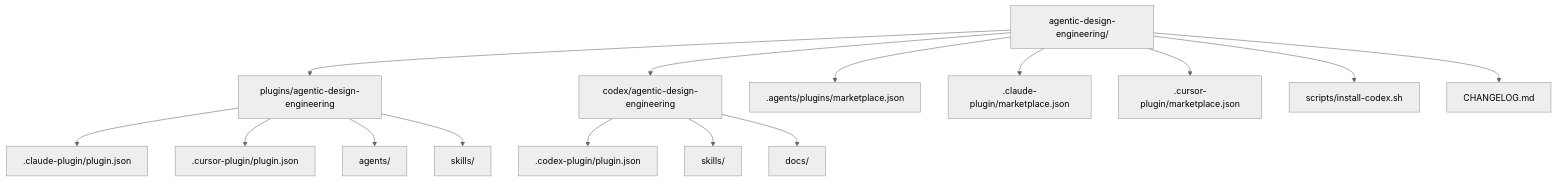
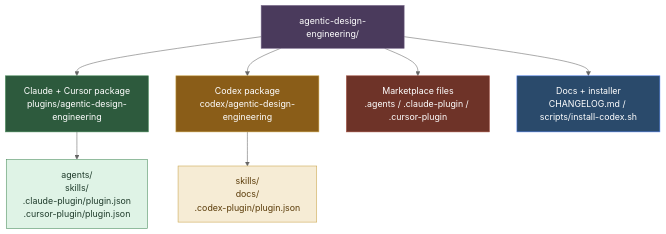
One commit to akshansh/agentic-design-engineering changed the fourth of 4 diagrams in README.md. Above: the diagram before and after it, drawn with Mermaid (neutral theme). The commit also changed other lines of this file, not shown here.

Commit message:
Polish Mermaid chart styling in README

````diff
--- a/README.md
+++ b/README.md
@@ -206,19 +218,18 @@
 ```mermaid
 flowchart TD
-    Root["agentic-design-engineering/"] --> ClaudeCursor["plugins/agentic-design-engineering"]
-    Root --> Codex["codex/agentic-design-engineering"]
-    Root --> RepoMarketplace[".agents/plugins/marketplace.json"]
-    Root --> ClaudeMarketplace[".claude-plugin/marketplace.json"]
-    Root --> CursorMarketplace[".cursor-plugin/marketplace.json"]
-    Root --> Installer["scripts/install-codex.sh"]
-    Root --> Changelog["CHANGELOG.md"]
+    Root["agentic-design-engineering/"] --> ClaudeCursor["Claude + Cursor package<br/>plugins/agentic-design-engineering"]
+    Root --> Codex["Codex package<br/>codex/agentic-design-engineering"]
+    Root --> Marketplace["Marketplace files<br/>.agents / .claude-plugin / .cursor-plugin"]
+    Root --> Support["Docs + installer<br/>CHANGELOG.md / scripts/install-codex.sh"]
 
-    ClaudeCursor --> ClaudeManifest[".claude-plugin/plugin.json"]
-    ClaudeCursor --> CursorManifest[".cursor-plugin/plugin.json"]
-    ClaudeCursor --> ClaudeAgents["agents/"]
-    ClaudeCursor --> ClaudeSkills["skills/"]
+    ClaudeCursor --> ClaudeFiles["agents/<br/>skills/<br/>.claude-plugin/plugin.json<br/>.cursor-plugin/plugin.json"]
+    Codex --> CodexFiles["skills/<br/>docs/<br/>.codex-plugin/plugin.json"]
 
-    Codex --> CodexManifest[".codex-plugin/plugin.json"]
-    Codex --> CodexSkills["skills/"]
-    Codex --> CodexDocs["docs/"]
+    style Root fill:#4a3a5c,stroke:#7a6a8c,color:#fff
+    style ClaudeCursor fill:#2d5a3d,stroke:#4a8c5c,color:#fff
+    style ClaudeFiles fill:#dff3e6,stroke:#4a8c5c,color:#1f3b2b
+    style Codex fill:#8a5d18,stroke:#c9a44a,color:#fff
+    style CodexFiles fill:#f6ecd5,stroke:#c9a44a,color:#5a3b08
+    style Marketplace fill:#6e3328,stroke:#a04d3e,color:#fff
+    style Support fill:#2a4a6b,stroke:#5282ef,color:#fff
 ```
````
